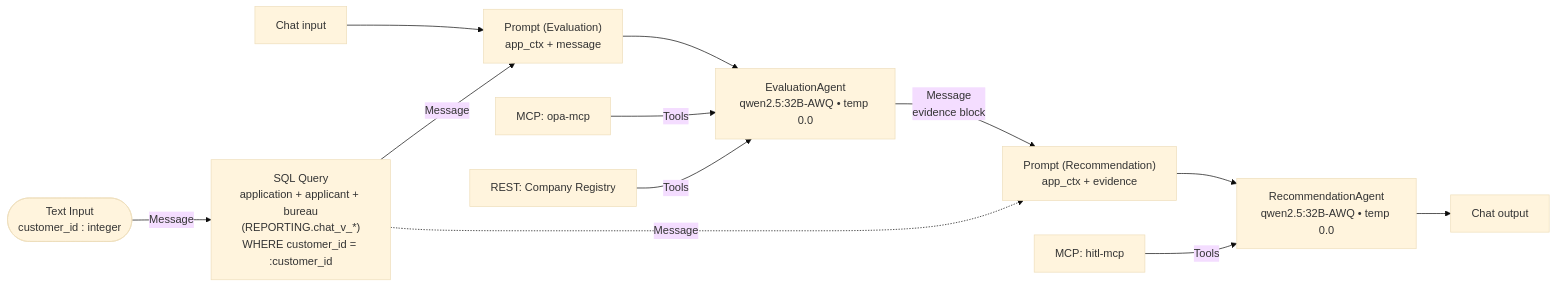
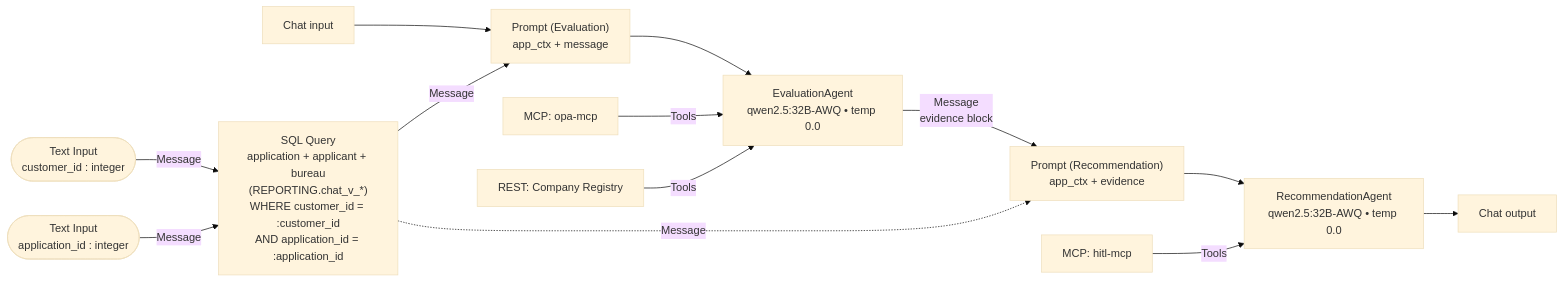
One commit to vmleon/oracle-database-private-agent-factory-poc changed the diagram in paf/flows/CHAT_WORKFLOW.md. Above: the diagram before and after it, drawn with Mermaid (base theme). The commit also changed other lines of this file and 1 other file, not shown here.

Commit message:
docs(chat_workflow): add :application_id bind alongside :customer_id

````diff
--- a/paf/flows/CHAT_WORKFLOW.md
+++ b/paf/flows/CHAT_WORKFLOW.md
@@ -56,16 +61,17 @@
 ```mermaid
 flowchart LR
     CID(["Text Input<br/>customer_id : integer"]) -->|Message| CTX
+    AID(["Text Input<br/>application_id : integer"]) -->|Message| CTX
     CI["Chat input"] --> EP["Prompt (Evaluation)<br/>app_ctx + message"]
-    CTX["SQL Query<br/>application + applicant + bureau<br/>(REPORTING.chat_v_*)<br/>WHERE customer_id = :customer_id"] -->|Message| EP
+    CTX["SQL Query<br/>application + applicant + bureau<br/>(REPORTING.chat_v_*)<br/>WHERE customer_id = :customer_id<br/>AND application_id = :application_id"] -->|Message| EP
     EP --> EA["EvaluationAgent<br/>qwen2.5:32B-AWQ • temp 0.0"]
     OPA["MCP: opa-mcp"] -->|Tools| EA
     REG["REST: Company Registry"] -->|Tools| EA
 
     EA -->|Message<br/>evidence block| RP["Prompt (Recommendation)<br/>app_ctx + evidence"]
     CTX -.->|Message| RP
     RP --> RA["RecommendationAgent<br/>qwen2.5:32B-AWQ • temp 0.0"]
     HITL["MCP: hitl-mcp"] -->|Tools| RA
 
     RA --> CO["Chat output"]
 ```
````
